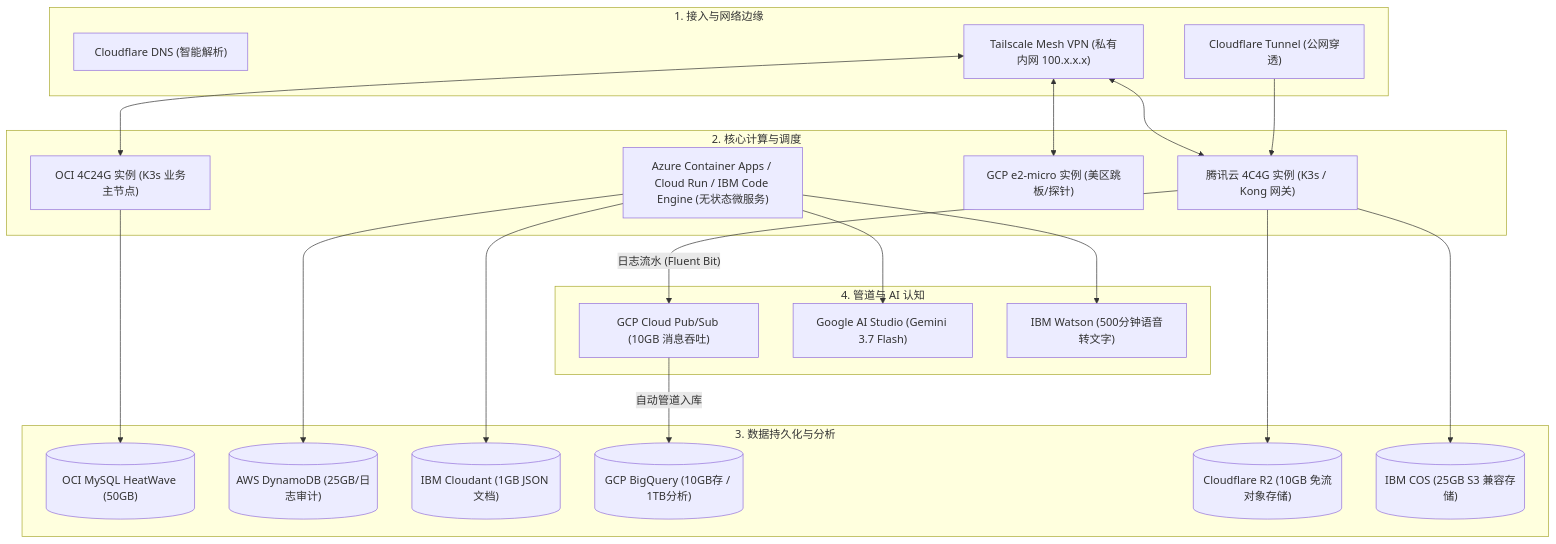
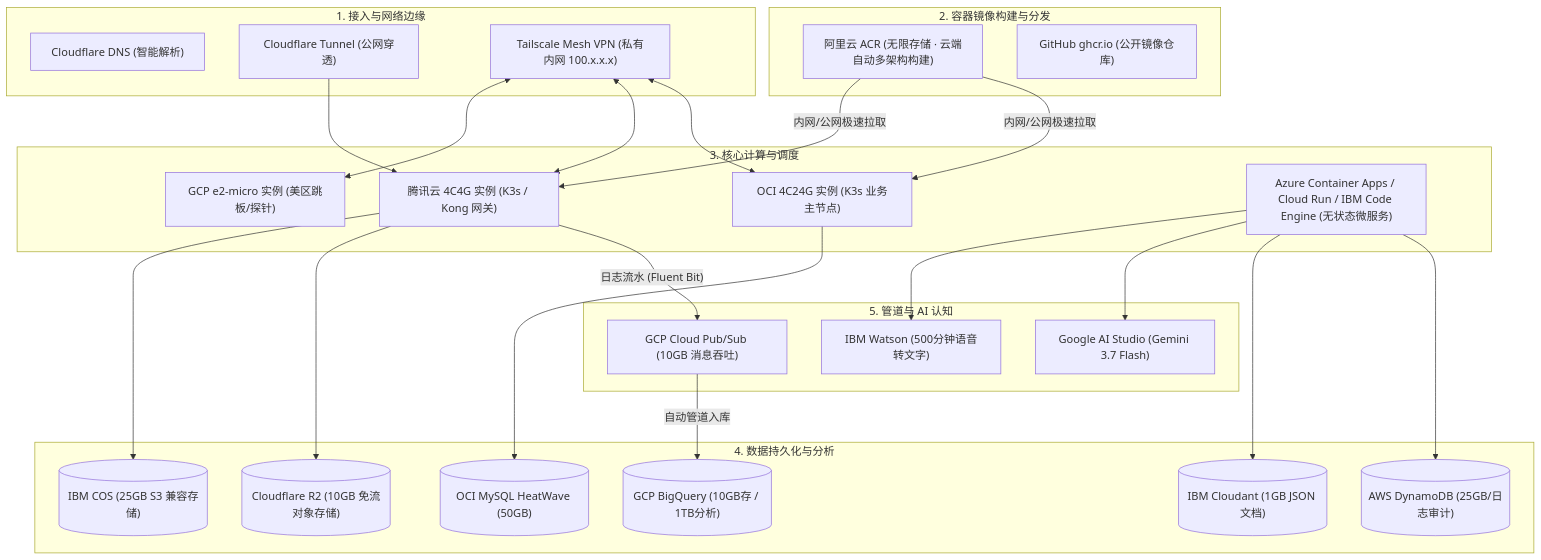
Before and after one commit to nvd11/my-blogs: the seventh of 7 diagrams in global-always-free-cloud-resources-guide.md, drawn with Mermaid. The commit also changed other lines of this file, not shown here.

````diff
--- a/global-always-free-cloud-resources-guide.md
+++ b/global-always-free-cloud-resources-guide.md
@@ -250,41 +284,47 @@
 ```mermaid
 flowchart TD
     subgraph EdgeAccess["1. 接入与网络边缘"]
         CF_DNS["Cloudflare DNS (智能解析)"]
         CF_Tunnel["Cloudflare Tunnel (公网穿透)"]
         TS["Tailscale Mesh VPN (私有内网 100.x.x.x)"]
     end
     
-    subgraph ComputeCluster["2. 核心计算与调度"]
+    subgraph BuildAndRegistry["2. 容器镜像构建与分发"]
+        ACR["阿里云 ACR (无限存储 · 云端自动多架构构建)"]
+        GHCR["GitHub ghcr.io (公开镜像仓库)"]
+    end
+    
+    subgraph ComputeCluster["3. 核心计算与调度"]
         OCI_Host["OCI 4C24G 实例 (K3s 业务主节点)"]
         Tencent_Host["腾讯云 4C4G 实例 (K3s / Kong 网关)"]
         GCP_Host["GCP e2-micro 实例 (美区跳板/探针)"]
         ACA_Run["Azure Container Apps / Cloud Run / IBM Code Engine (无状态微服务)"]
     end
     
-    subgraph DataStorage["3. 数据持久化与分析"]
+    subgraph DataStorage["4. 数据持久化与分析"]
         OCI_MySQL[("OCI MySQL HeatWave (50GB)")]
         AWS_DDB[("AWS DynamoDB (25GB/日志审计)")]
         IBM_Cloudant[("IBM Cloudant (1GB JSON 文档)")]
         GCP_BQ[("GCP BigQuery (10GB存 / 1TB分析)")]
         CF_R2[("Cloudflare R2 (10GB 免流对象存储)")]
         IBM_COS[("IBM COS (25GB S3 兼容存储)")]
     end
     
-    subgraph StreamingOps["4. 管道与 AI 认知"]
+    subgraph StreamingOps["5. 管道与 AI 认知"]
         GCP_PS["GCP Cloud Pub/Sub (10GB 消息吞吐)"]
         Gemini_AI["Google AI Studio (Gemini 3.7 Flash)"]
         Watson_AI["IBM Watson (500分钟语音转文字)"]
     end
     
+    ACR -->|"内网/公网极速拉取"| OCI_Host & Tencent_Host
     CF_Tunnel --> Tencent_Host
     TS <--> OCI_Host & Tencent_Host & GCP_Host
     
     Tencent_Host -->|"日志流水 (Fluent Bit)"| GCP_PS
     GCP_PS -->|"自动管道入库"| GCP_BQ
     
     OCI_Host --> OCI_MySQL
     ACA_Run --> AWS_DDB & IBM_Cloudant
     ACA_Run --> Gemini_AI & Watson_AI
     Tencent_Host --> CF_R2 & IBM_COS
 ```
````
